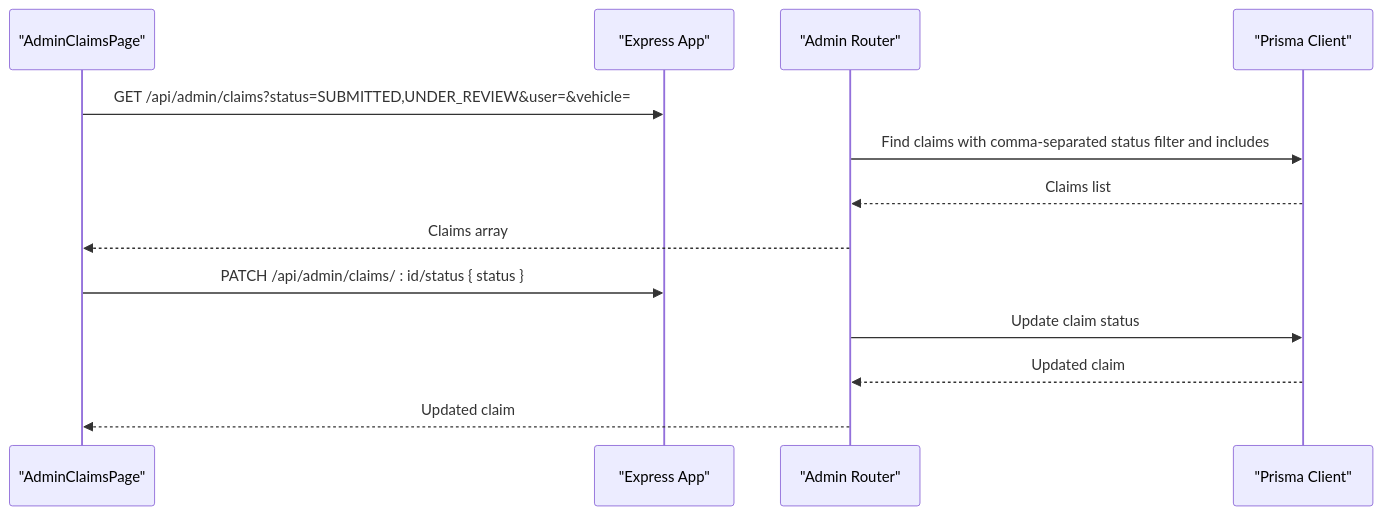
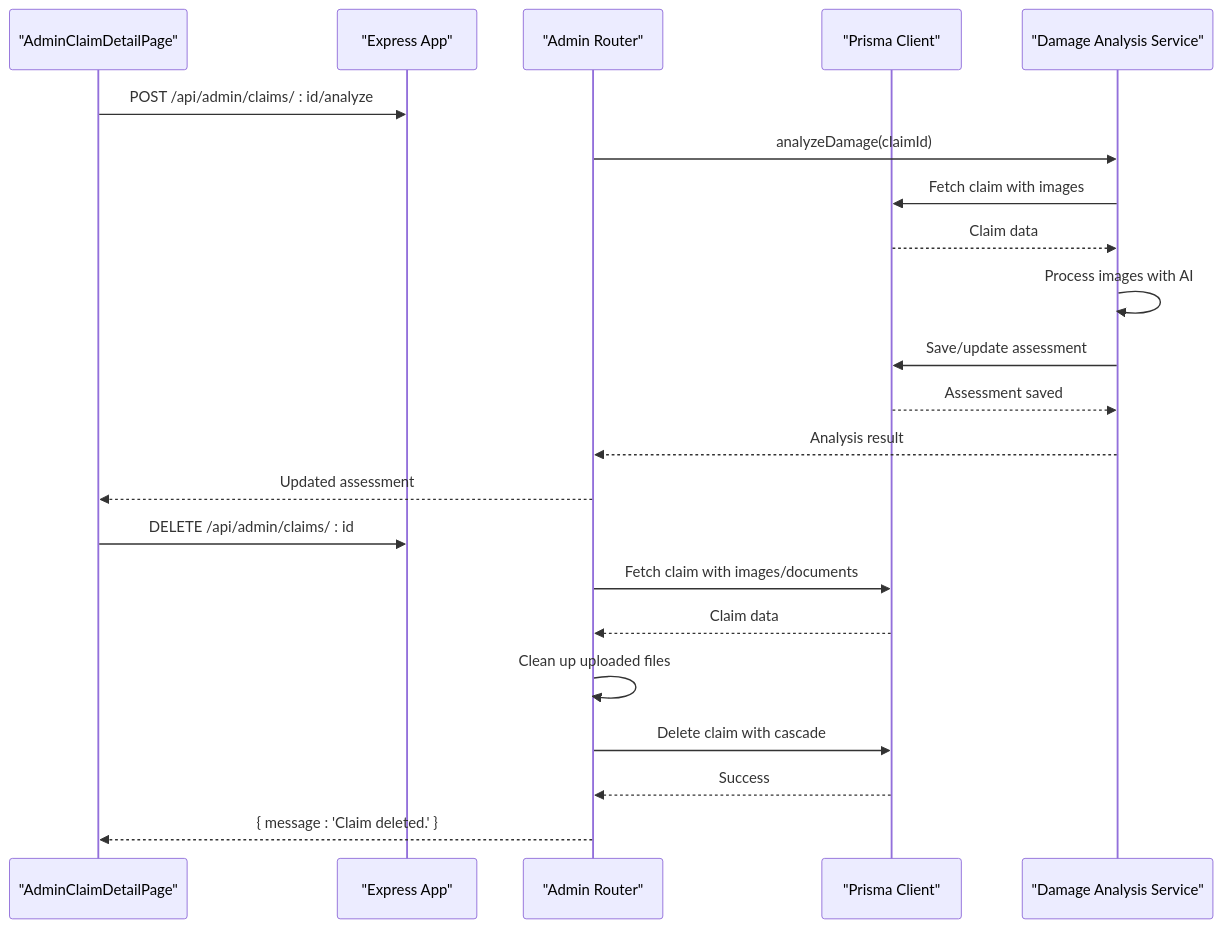
One commit to NaveenHiranya/Smart-Vehicle-Insurance-Claim-System changed the seventh of 12 diagrams in .qoder/repowiki/en/content/Backend Documentation/API Endpoints Reference/Administrative Endpoints.md. Above: the diagram before and after it, drawn with Mermaid. The commit also changed other lines of this file and 38 other files, not shown here.

````diff
--- a/.qoder/repowiki/en/content/Backend Documentation/API Endpoints Reference/Administrative Endpoints.md
+++ b/.qoder/repowiki/en/content/Backend Documentation/API Endpoints Reference/Administrative Endpoints.md
@@ -315,15 +342,24 @@
 ```mermaid
 sequenceDiagram
-participant FE as "AdminClaimsPage"
+participant FE as "AdminClaimDetailPage"
 participant API as "Express App"
 participant AR as "Admin Router"
 participant DB as "Prisma Client"
-FE->>API : GET /api/admin/claims?status=SUBMITTED,UNDER_REVIEW&user=&vehicle=
-AR->>DB : Find claims with comma-separated status filter and includes
-DB-->>AR : Claims list
-AR-->>FE : Claims array
-FE->>API : PATCH /api/admin/claims/ : id/status { status }
-AR->>DB : Update claim status
-DB-->>AR : Updated claim
-AR-->>FE : Updated claim
+participant DS as "Damage Analysis Service"
+FE->>API : POST /api/admin/claims/ : id/analyze
+AR->>DS : analyzeDamage(claimId)
+DS->>DB : Fetch claim with images
+DB-->>DS : Claim data
+DS->>DS : Process images with AI
+DS->>DB : Save/update assessment
+DB-->>DS : Assessment saved
+DS-->>AR : Analysis result
+AR-->>FE : Updated assessment
+FE->>API : DELETE /api/admin/claims/ : id
+AR->>DB : Fetch claim with images/documents
+DB-->>AR : Claim data
+AR->>AR : Clean up uploaded files
+AR->>DB : Delete claim with cascade
+DB-->>AR : Success
+AR-->>FE : { message : 'Claim deleted.' }
 ```
````
